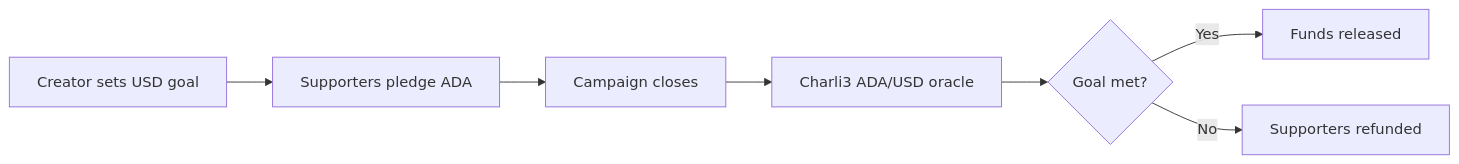
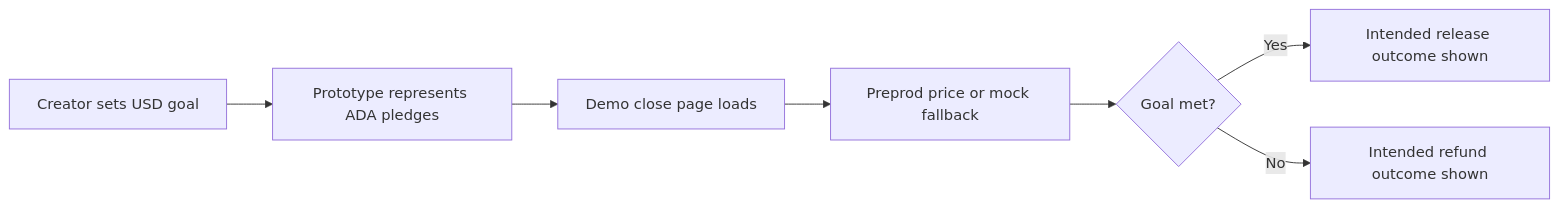
One commit to cryptoleo79/tsunagi-funding changed the diagram in README.md. Above: the diagram before and after it, drawn with Mermaid. The commit also changed other lines of this file and 19 other files, not shown here.

````diff
--- a/README.md
+++ b/README.md
@@ -52,9 +56,9 @@
 ```mermaid
 flowchart LR
-    A[Creator sets USD goal] --> B[Supporters pledge ADA]
-    B --> C[Campaign closes]
-    C --> D[Charli3 ADA/USD oracle]
+    A[Creator sets USD goal] --> B[Prototype represents ADA pledges]
+    B --> C[Demo close page loads]
+    C --> D[Preprod price or mock fallback]
     D --> E{Goal met?}
-    E -- Yes --> F[Funds released]
-    E -- No --> G[Supporters refunded]
+    E -- Yes --> F[Intended release outcome shown]
+    E -- No --> G[Intended refund outcome shown]
 ```
````
